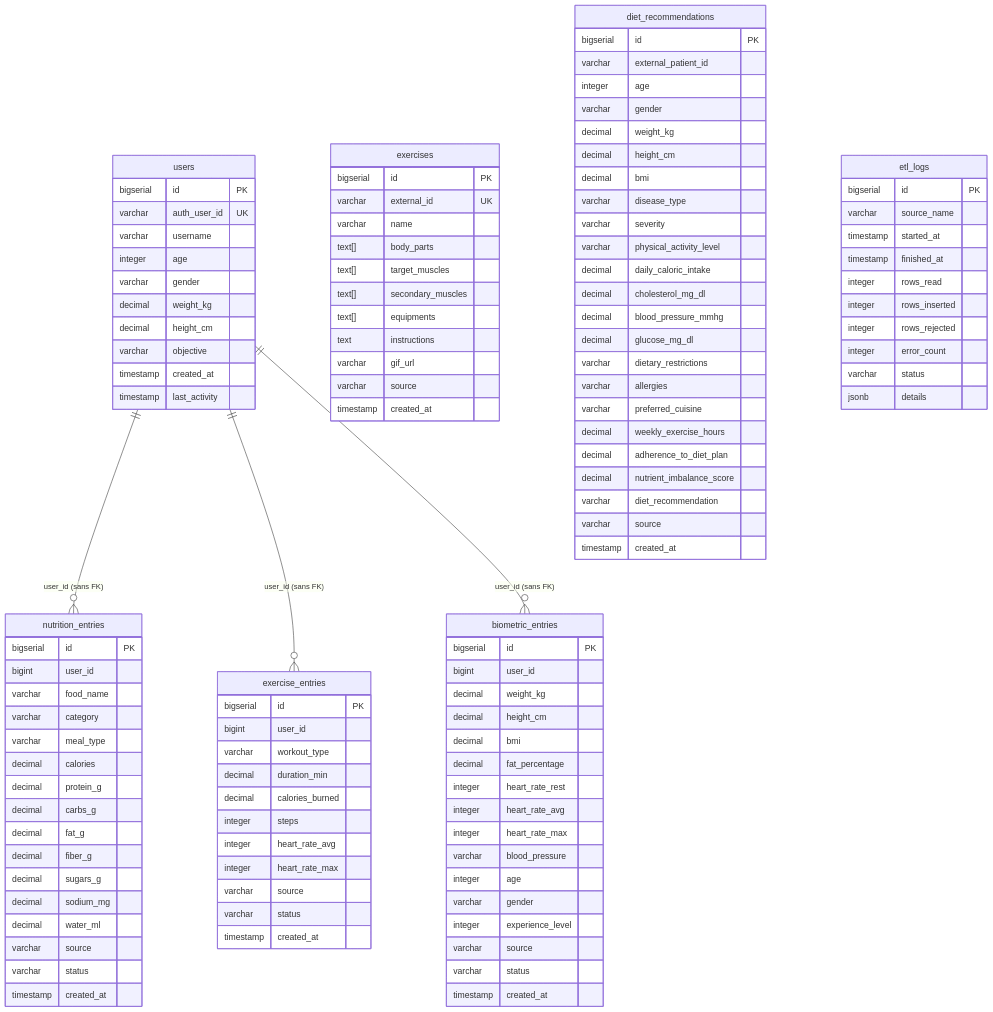
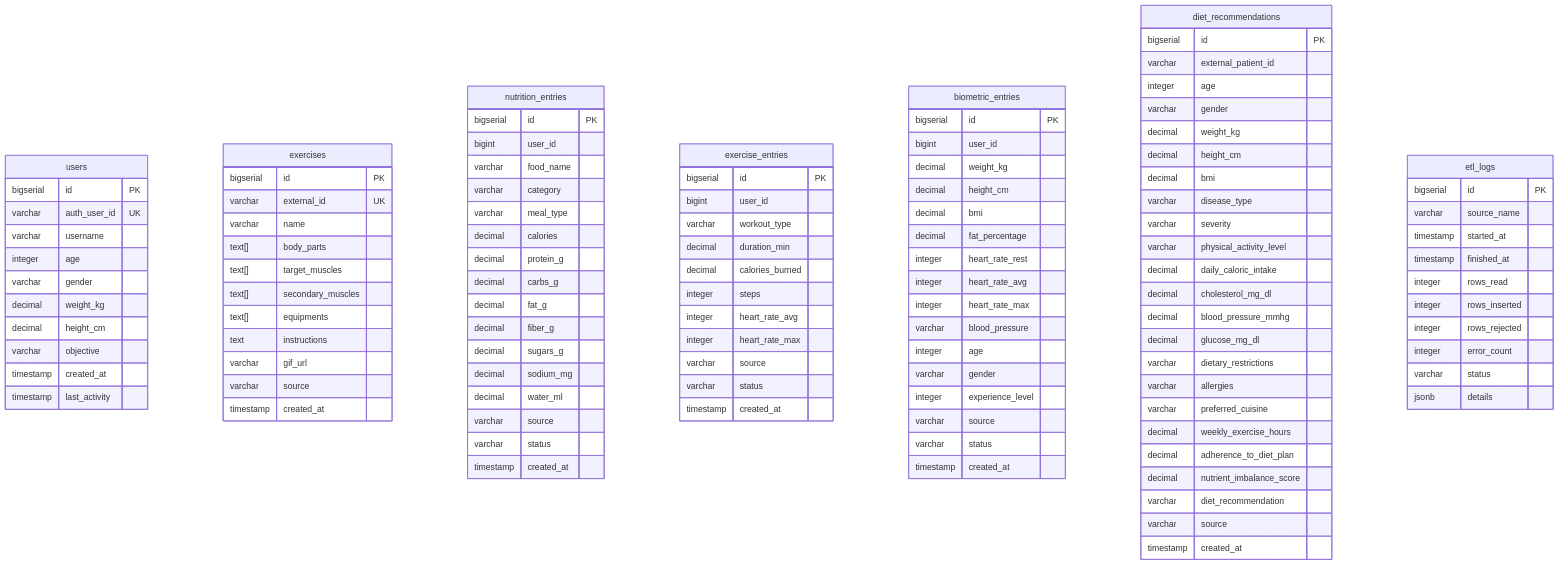
One commit to whitefoxxyt/MSPR-HealthAI-Coach-BDD changed the diagram in README.md. Above: the diagram before and after it, drawn with Mermaid. The commit also changed other lines of this file, not shown here.

Commit message:
docs: supprimer relations users->ETL du schema (pas de FK, sources heterogenes)

````diff
--- a/README.md
+++ b/README.md
@@ -174,7 +174,4 @@
         jsonb details
     }
 
-    users ||--o{ nutrition_entries : "user_id (sans FK)"
-    users ||--o{ exercise_entries : "user_id (sans FK)"
-    users ||--o{ biometric_entries : "user_id (sans FK)"
 ```
````
